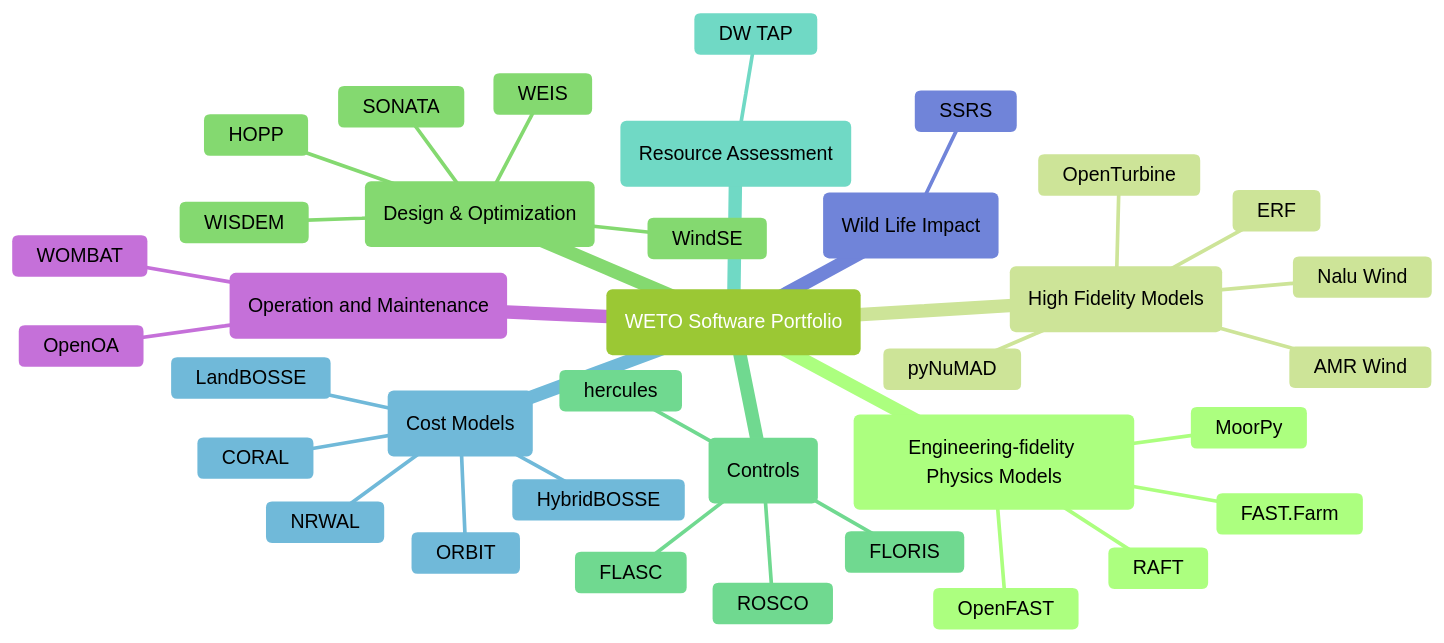
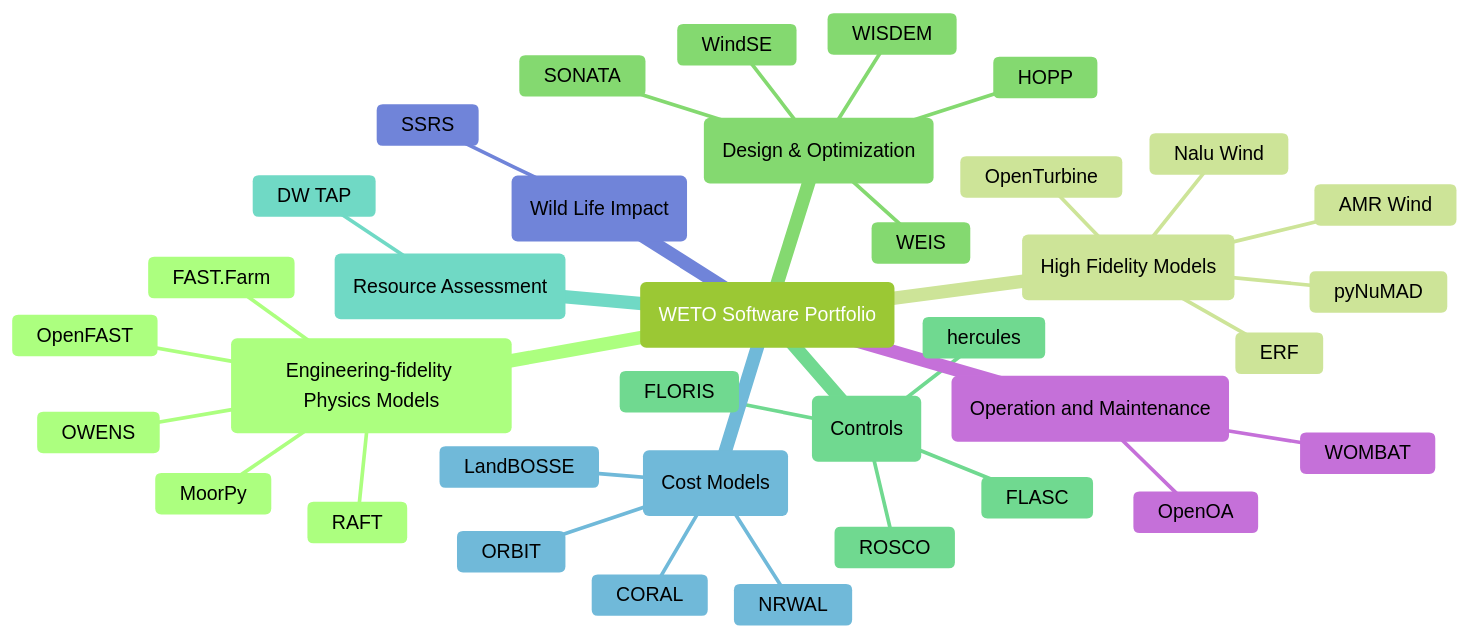
One commit to rafmudaf/WETOStack changed the diagram in _sources/portfolio_analysis/software_list.md. Above: the diagram before and after it, drawn with Mermaid. The commit also changed other lines of this file and 28 other files, not shown here.

````diff
--- a/_sources/portfolio_analysis/software_list.md
+++ b/_sources/portfolio_analysis/software_list.md
@@ -5,48 +5,48 @@
 ```{mermaid}
 %%{init: { 'logLevel': 'debug', 'theme': 'forest' } }%%
 
 mindmap
     root("WETO Software Portfolio")
         ps(Engineering-fidelity Physics Models)
             OpenFAST
             FAST.Farm
             MoorPy
             RAFT
+            OWENS
 
         hfm(High Fidelity Models)
             AMR Wind
             Nalu Wind
             OpenTurbine
             ERF
             pyNuMAD
 
         do(Design & Optimization)
             WEIS
             WISDEM
             WindSE
             HOPP
             SONATA
 
         ctrl(Controls)
             ROSCO
             FLORIS
             FLASC
             hercules
 
         ra(Resource Assessment)
             DW TAP
 
         cost(Cost Models)
             LandBOSSE
-            HybridBOSSE
             ORBIT
             CORAL
             NRWAL
 
         wild(Wild Life Impact)
             SSRS
 
         om(Operation and Maintenance)
             OpenOA
             WOMBAT
 ```
````
